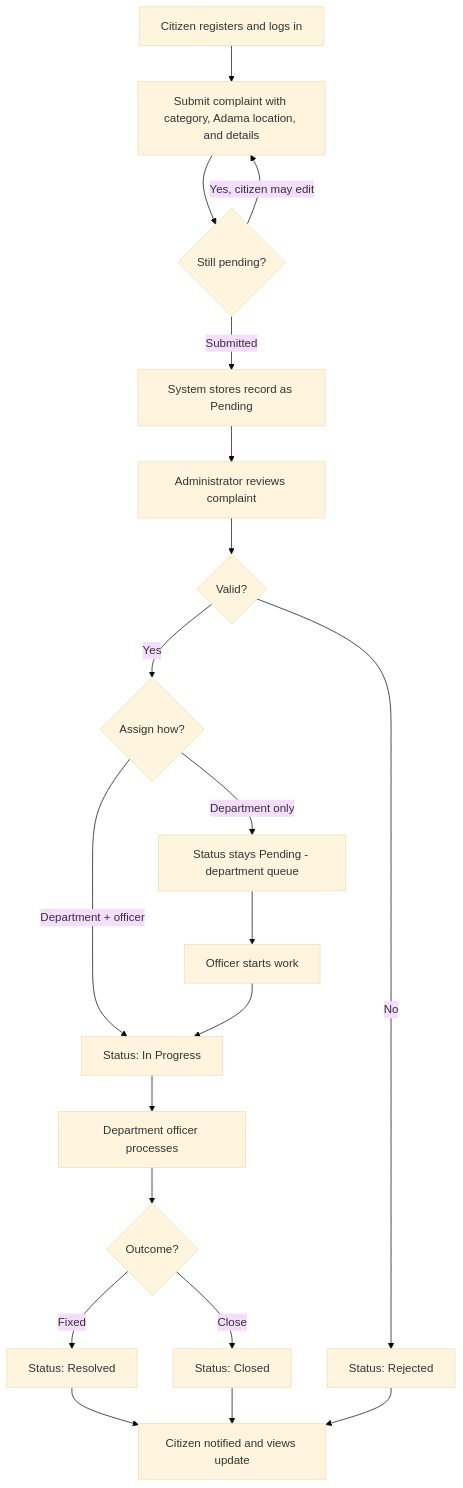
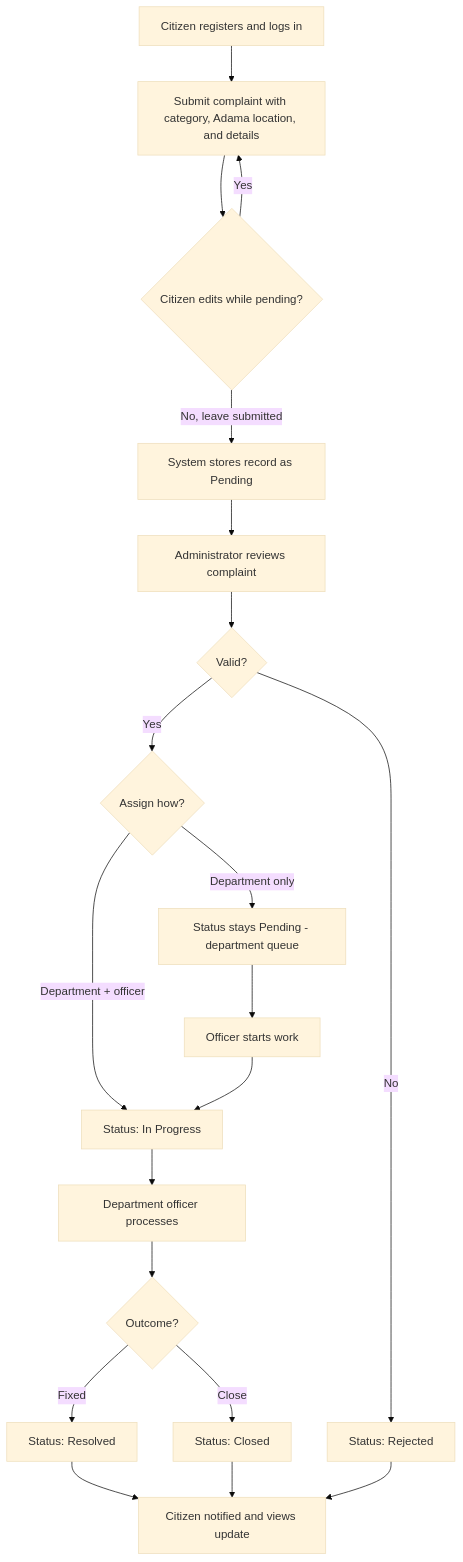
Before and after one commit to esmaelmohammed-ux/Adama-city-citizen-complaint-and-request-management-system: the fifth of 7 diagrams in Project_Proposal_Web_Based_Citizen_Complaint_and_Service_Request.md, drawn with Mermaid (base theme). The commit also changed other lines of this file and 15 other files, not shown here.

````diff
--- a/Project_Proposal_Web_Based_Citizen_Complaint_and_Service_Request.md
+++ b/Project_Proposal_Web_Based_Citizen_Complaint_and_Service_Request.md
@@ -696,22 +696,22 @@
 ```mermaid
 flowchart TD
     A[Citizen registers and logs in] --> B[Submit complaint with category, Adama location, and details]
-    B --> C{Still pending?}
-    C -->|Yes, citizen may edit| B
-    C -->|Submitted| D[System stores record as Pending]
+    B --> C{Citizen edits while pending?}
+    C -->|Yes| B
+    C -->|No, leave submitted| D[System stores record as Pending]
     D --> E[Administrator reviews complaint]
     E --> F{Valid?}
     F -->|No| G[Status: Rejected]
     F -->|Yes| H{Assign how?}
     H -->|Department only| I[Status stays Pending - department queue]
     H -->|Department + officer| J[Status: In Progress]
     I --> K[Officer starts work]
     K --> J
     J --> L[Department officer processes]
     L --> M{Outcome?}
     M -->|Fixed| N[Status: Resolved]
     M -->|Close| O[Status: Closed]
     N --> P[Citizen notified and views update]
     O --> P
     G --> P
 ```
````
